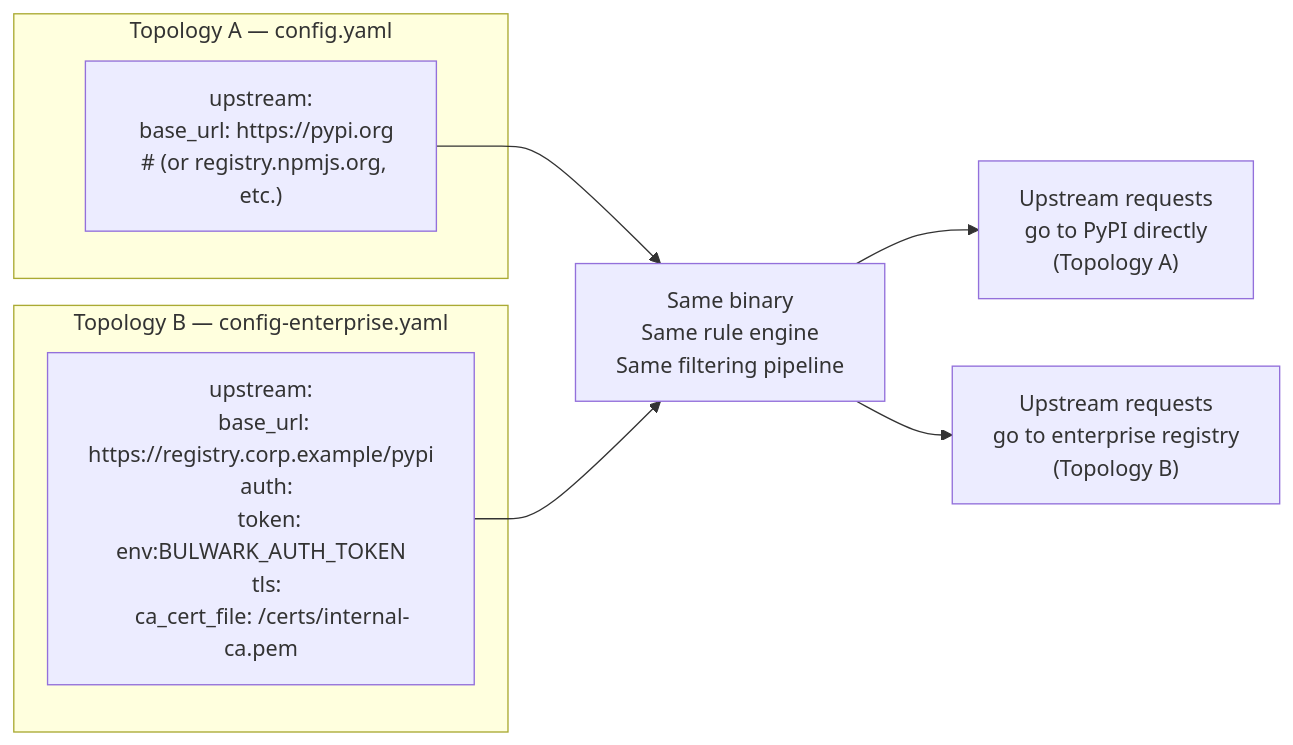
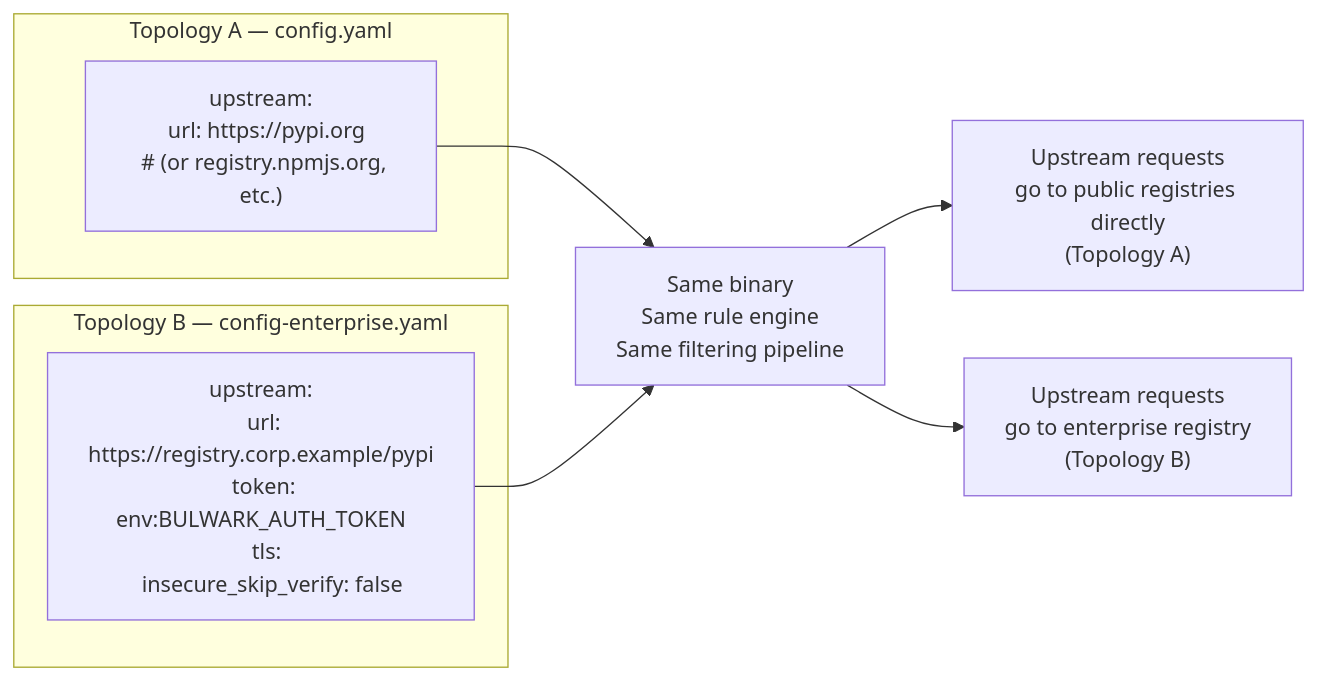
One commit to Bluewaves54/Bulwark changed diagram 18 of 20 in docs/ARCHITECTURE.md. Above: the diagram before and after it, drawn with Mermaid. The commit also changed other lines of this file and 8 other files, not shown here.

````diff
--- a/docs/ARCHITECTURE.md
+++ b/docs/ARCHITECTURE.md
@@ -767,16 +754,16 @@
 ```mermaid
 flowchart LR
     subgraph "Topology A — config.yaml"
-        A1["upstream:\n  base_url: https://pypi.org\n  # (or registry.npmjs.org, etc.)"]
+        A1["upstream:\n  url: https://pypi.org\n  # (or registry.npmjs.org, etc.)"]
     end
 
     subgraph "Topology B — config-enterprise.yaml"
-        B1["upstream:\n  base_url: https://registry.corp.example/pypi\n  auth:\n    token: env:BULWARK_AUTH_TOKEN\n  tls:\n    ca_cert_file: /certs/internal-ca.pem"]
+        B1["upstream:\n  url: https://registry.corp.example/pypi\n  token: env:BULWARK_AUTH_TOKEN\n  tls:\n    insecure_skip_verify: false"]
     end
 
     A1 --> SAME["Same binary\nSame rule engine\nSame filtering pipeline"]
     B1 --> SAME
 
-    SAME --> OUT1["Upstream requests\ngo to PyPI directly\n(Topology A)"]
+    SAME --> OUT1["Upstream requests\ngo to public registries directly\n(Topology A)"]
     SAME --> OUT2["Upstream requests\ngo to enterprise registry\n(Topology B)"]
 ```
````
